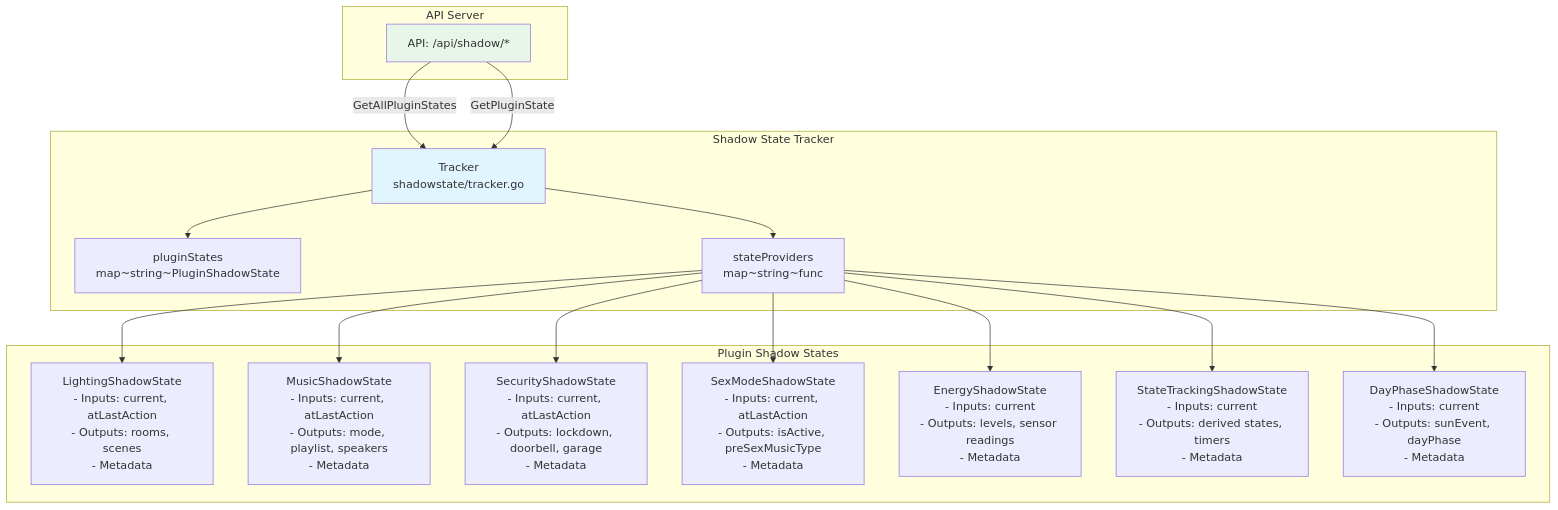
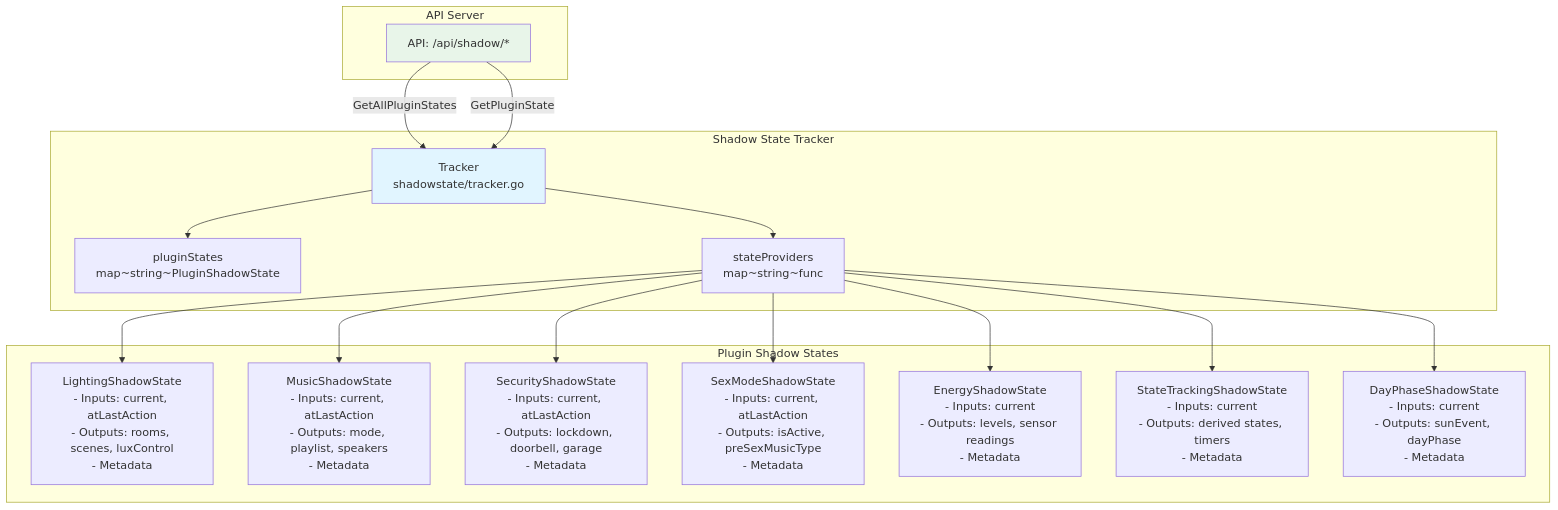
One commit to NickBorgers/home-automation changed the sixth of 14 diagrams in docs/human/VISUAL_ARCHITECTURE.md. Above: the diagram before and after it, drawn with Mermaid. The commit also changed other lines of this file and 14 other files, not shown here.

First line of the commit message:
feat(lighting): lux-target control and manual hold (Living Room active) (#1205)

````diff
--- a/docs/human/VISUAL_ARCHITECTURE.md
+++ b/docs/human/VISUAL_ARCHITECTURE.md
@@ -426,45 +426,45 @@
 ```mermaid
 graph TB
     subgraph "Shadow State Tracker"
         Tracker[Tracker<br/>shadowstate/tracker.go]
         PluginStates[pluginStates<br/>map~string~PluginShadowState]
         Providers[stateProviders<br/>map~string~func]
     end
 
     subgraph "Plugin Shadow States"
-        LightingShadow[LightingShadowState<br/>- Inputs: current, atLastAction<br/>- Outputs: rooms, scenes<br/>- Metadata]
+        LightingShadow[LightingShadowState<br/>- Inputs: current, atLastAction<br/>- Outputs: rooms, scenes, luxControl<br/>- Metadata]
 
         MusicShadow[MusicShadowState<br/>- Inputs: current, atLastAction<br/>- Outputs: mode, playlist, speakers<br/>- Metadata]
 
         SecurityShadow[SecurityShadowState<br/>- Inputs: current, atLastAction<br/>- Outputs: lockdown, doorbell, garage<br/>- Metadata]
 
         SexModeShadow[SexModeShadowState<br/>- Inputs: current, atLastAction<br/>- Outputs: isActive, preSexMusicType<br/>- Metadata]
 
         EnergyShadow[EnergyShadowState<br/>- Inputs: current<br/>- Outputs: levels, sensor readings<br/>- Metadata]
 
         StateTrackingShadow[StateTrackingShadowState<br/>- Inputs: current<br/>- Outputs: derived states, timers<br/>- Metadata]
 
         DayPhaseShadow[DayPhaseShadowState<br/>- Inputs: current<br/>- Outputs: sunEvent, dayPhase<br/>- Metadata]
     end
 
     subgraph "API Server"
         APIEndpoint["API: /api/shadow/*"]
     end
 
     Tracker --> PluginStates
     Tracker --> Providers
 
     Providers --> LightingShadow
     Providers --> MusicShadow
     Providers --> SecurityShadow
     Providers --> SexModeShadow
     Providers --> EnergyShadow
     Providers --> StateTrackingShadow
     Providers --> DayPhaseShadow
 
     APIEndpoint -->|GetAllPluginStates| Tracker
     APIEndpoint -->|GetPluginState| Tracker
 
     style Tracker fill:#e1f5ff
     style APIEndpoint fill:#e8f5e9
 ```
````
